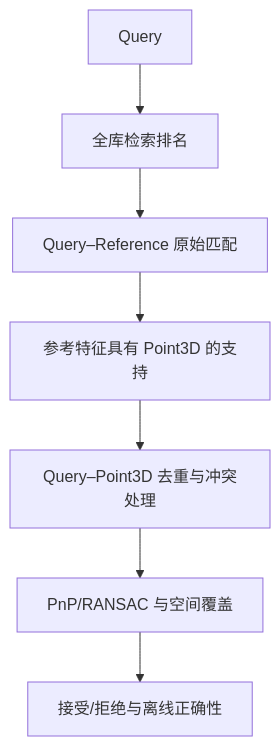
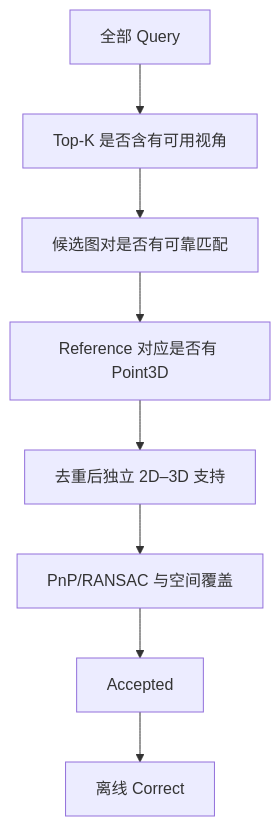
One commit to Tiansuanyu/notes changed the second of 2 diagrams in slam/hloc/如何选择视觉重定位Pipeline.md. Above: the diagram before and after it, drawn with Mermaid. The commit also changed other lines of this file and 25 other files, not shown here.

````diff
--- a/slam/hloc/如何选择视觉重定位Pipeline.md
+++ b/slam/hloc/如何选择视觉重定位Pipeline.md
@@ -165,9 +84,10 @@
 ```mermaid
 flowchart TD
-    Q[Query] --> R[全库检索排名]
-    R --> M[Query–Reference 原始匹配]
-    M --> S[参考特征具有 Point3D 的支持]
-    S --> U[Query–Point3D 去重与冲突处理]
+    Q[全部 Query] --> R[Top-K 是否含有可用视角]
+    R --> M[候选图对是否有可靠匹配]
+    M --> S[Reference 对应是否有 Point3D]
+    S --> U[去重后独立 2D–3D 支持]
     U --> P[PnP/RANSAC 与空间覆盖]
-    P --> D[接受/拒绝与离线正确性]
+    P --> A[Accepted]
+    A --> C[离线 Correct]
 ```
````
